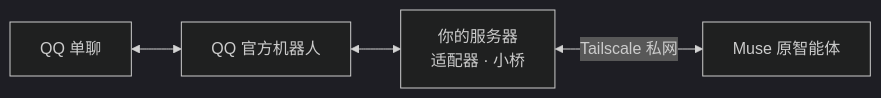
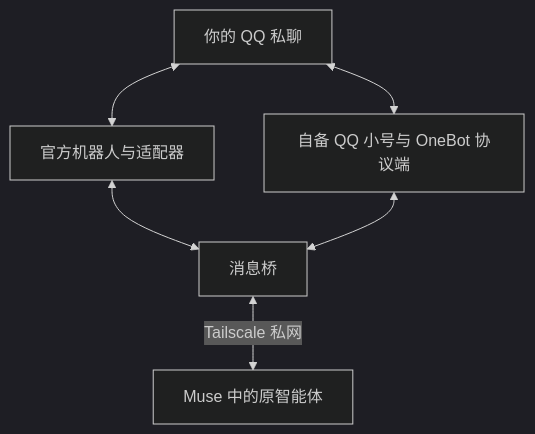
Before and after one commit to anan-21/muse-qq-bridge: the diagram in README.md, drawn with Mermaid (dark theme). The commit also changed other lines of this file and 9 other files, not shown here.

````diff
--- a/README.md
+++ b/README.md
@@ -35,6 +62,8 @@
 ```mermaid
-flowchart LR
-    QQ[QQ 单聊] <--> Bot[QQ 官方机器人]
-    Bot <--> Server["你的服务器<br/>适配器 · 小桥"]
-    Server <-->|Tailscale 私网| Muse[Muse 原智能体]
+flowchart TD
+    QQ[你的 QQ 私聊] <--> Official[官方机器人与适配器]
+    QQ <--> Personal[自备 QQ 小号与 OneBot 协议端]
+    Official <--> Bridge[消息桥]
+    Personal <--> Bridge
+    Bridge <-->|Tailscale 私网| Muse[Muse 中的原智能体]
 ```
````
